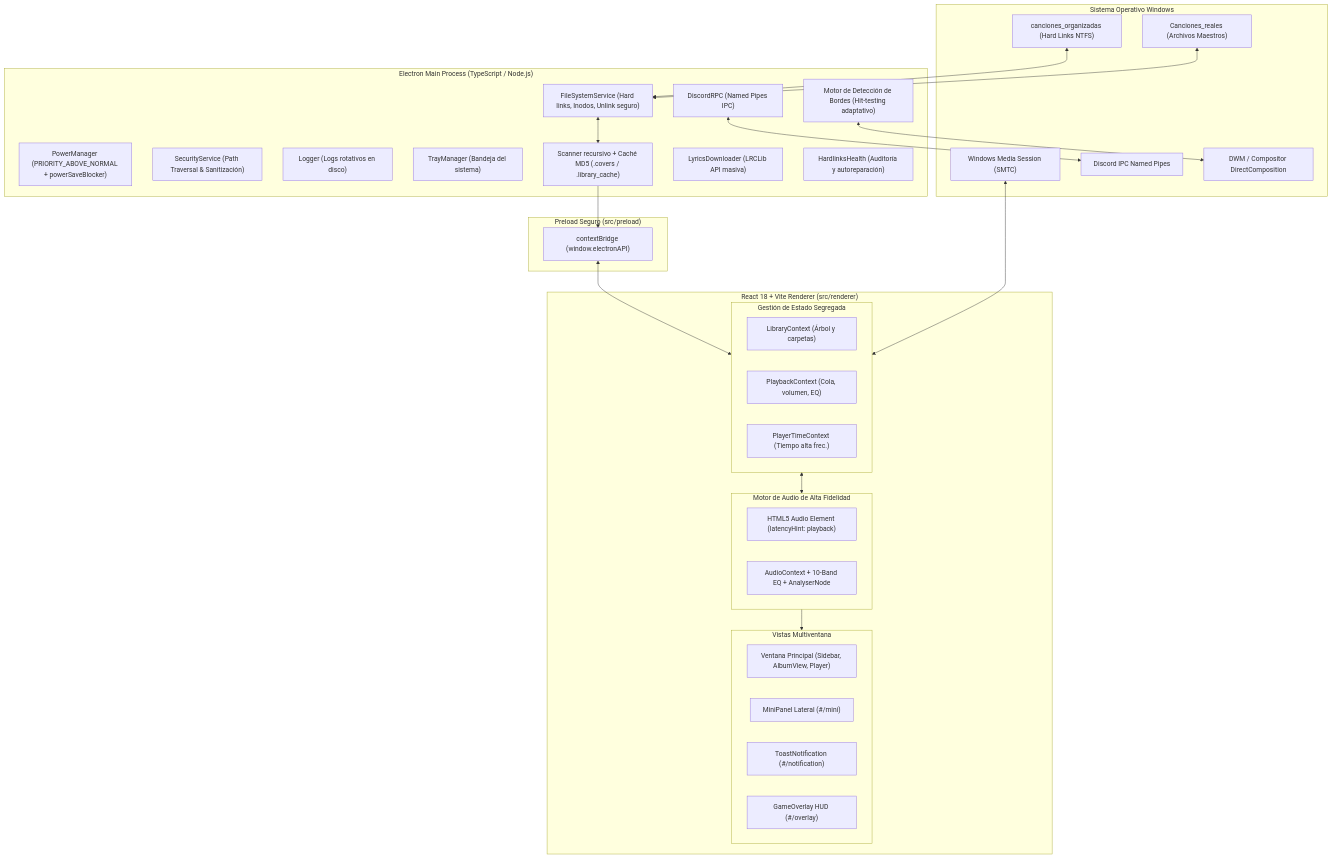
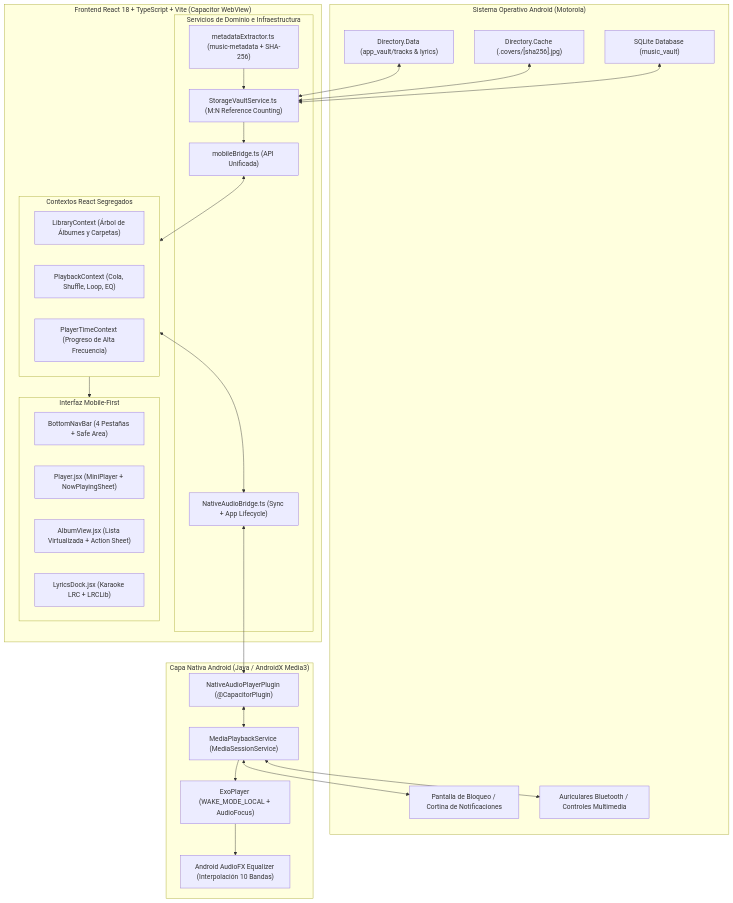
One commit to barcito-dank/Reproductor_para_celular changed the diagram in README.md. Above: the diagram before and after it, drawn with Mermaid. The commit also changed other lines of this file and 105 other files, not shown here.

Commit message:
feat(mobile): migracion completa a Capacitor 6 + AndroidX Media3 + SQLite Virtual Vault

````diff
--- a/README.md
+++ b/README.md
@@ -38,56 +37,52 @@
 ```mermaid
 flowchart TD
-    subgraph SO["Sistema Operativo Windows"]
-        DiskMaster["Canciones_reales (Archivos Maestros)"]
-        DiskOrganized["canciones_organizadas (Hard Links NTFS)"]
-        SMTC["Windows Media Session (SMTC)"]
-        NamedPipes["Discord IPC Named Pipes"]
-        DWM["DWM / Compositor DirectComposition"]
+    subgraph AndroidOS["Sistema Operativo Android (Motorola)"]
+        VaultFS["Directory.Data (app_vault/tracks & lyrics)"]
+        CacheFS["Directory.Cache (.covers/[sha256].jpg)"]
+        SQLiteDB["SQLite Database (music_vault)"]
+        LockScreen["Pantalla de Bloqueo / Cortina de Notificaciones"]
+        Bluetooth["Auriculares Bluetooth / Controles Multimedia"]
     end
 
-    subgraph MainProcess["Electron Main Process (TypeScript / Node.js)"]
-        PowerMgr["PowerManager (PRIORITY_ABOVE_NORMAL + powerSaveBlocker)"]
-        SecService["SecurityService (Path Traversal & Sanitización)"]
-        FSService["FileSystemService (Hard links, Inodos, Unlink seguro)"]
-        Logger["Logger (Logs rotativos en disco)"]
-        TrayMgr["TrayManager (Bandeja del sistema)"]
-        Scanner["Scanner recursivo + Caché MD5 (.covers / .library_cache)"]
-        Discord["DiscordRPC (Named Pipes IPC)"]
-        LyricsDownloader["LyricsDownloader (LRCLib API masiva)"]
-        HealthCheck["HardlinksHealth (Auditoría y autoreparación)"]
-        EdgeEngine["Motor de Detección de Bordes (Hit-testing adaptativo)"]
+    subgraph NativeLayer["Capa Nativa Android (Java / AndroidX Media3)"]
+        Plugin["NativeAudioPlayerPlugin (@CapacitorPlugin)"]
+        MediaService["MediaPlaybackService (MediaSessionService)"]
+        Exo["ExoPlayer (WAKE_MODE_LOCAL + AudioFocus)"]
+        HwEQ["Android AudioFX Equalizer (Interpolación 10 Bandas)"]
     end
 
-    subgraph Preload["Preload Seguro (src/preload)"]
-    Bridge["contextBridge (window.electronAPI)"]
-    end
-
-    subgraph RendererProcess["React 18 + Vite Renderer (src/renderer)"]
-        subgraph StateManagement["Gestión de Estado Segregada"]
-            LibCtx["LibraryContext (Árbol y carpetas)"]
-            PlayCtx["PlaybackContext (Cola, volumen, EQ)"]
-            TimeCtx["PlayerTimeContext (Tiempo alta frec.)"]
+    subgraph WebLayer["Frontend React 18 + TypeScript + Vite (Capacitor WebView)"]
+        subgraph Services["Servicios de Dominio e Infraestructura"]
+            VaultSvc["StorageVaultService.ts (M:N Reference Counting)"]
+            MetaExt["metadataExtractor.ts (music-metadata + SHA-256)"]
+            AudioBridge["NativeAudioBridge.ts (Sync + App Lifecycle)"]
+            MobBridge["mobileBridge.ts (API Unificada)"]
         end
-        subgraph AudioCore["Motor de Audio de Alta Fidelidad"]
-            HTML5Audio["HTML5 Audio Element (latencyHint: playback)"]
-            WebAudio["AudioContext + 10-Band EQ + AnalyserNode"]
+        subgraph Contexts["Contextos React Segregados"]
+            LibCtx["LibraryContext (Árbol de Álbumes y Carpetas)"]
+            PlayCtx["PlaybackContext (Cola, Shuffle, Loop, EQ)"]
+            TimeCtx["PlayerTimeContext (Progreso de Alta Frecuencia)"]
         end
-        subgraph WindowsUI["Vistas Multiventana"]
-            MainWindow["Ventana Principal (Sidebar, AlbumView, Player)"]
-            MiniPanel["MiniPanel Lateral (#/mini)"]
-            ToastWindow["ToastNotification (#/notification)"]
-            GameHUD["GameOverlay HUD (#/overlay)"]
+        subgraph TouchUI["Interfaz Mobile-First"]
+            BottomNav["BottomNavBar (4 Pestañas + Safe Area)"]
+            MiniAndSheet["Player.jsx (MiniPlayer + NowPlayingSheet)"]
+            AlbumTouch["AlbumView.jsx (Lista Virtualizada + Action Sheet)"]
+            LyricsUI["LyricsDock.jsx (Karaoke LRC + LRCLib)"]
         end
     end
 
-    DiskOrganized <--> FSService
-    DiskMaster <--> FSService
-    FSService <--> Scanner
-    Scanner --> Bridge
-    EdgeEngine <--> DWM
-    Bridge <--> StateManagement
-    StateManagement <--> AudioCore
-    SMTC <--> StateManagement
-    Discord <--> NamedPipes
-    AudioCore --> WindowsUI
+    VaultFS <--> VaultSvc
+    CacheFS <--> VaultSvc
+    SQLiteDB <--> VaultSvc
+    MetaExt --> VaultSvc
+    VaultSvc --> MobBridge
+    MobBridge <--> Contexts
+    Contexts <--> AudioBridge
+    AudioBridge <--> Plugin
+    Plugin <--> MediaService
+    MediaService --> Exo
+    Exo --> HwEQ
+    MediaService <--> LockScreen
+    MediaService <--> Bluetooth
+    Contexts --> TouchUI
 ```
````
